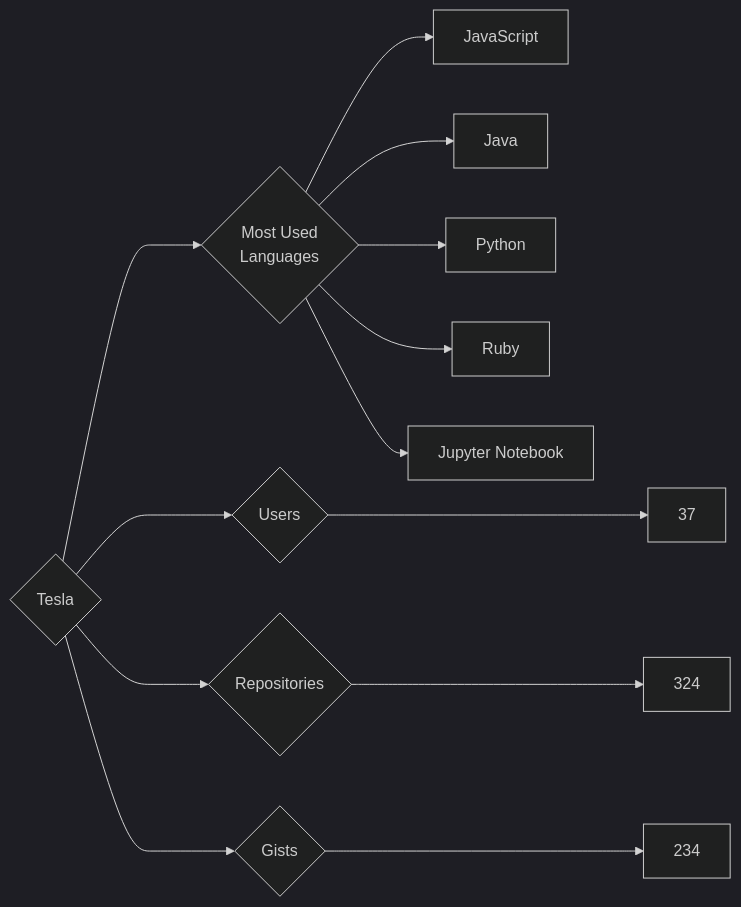
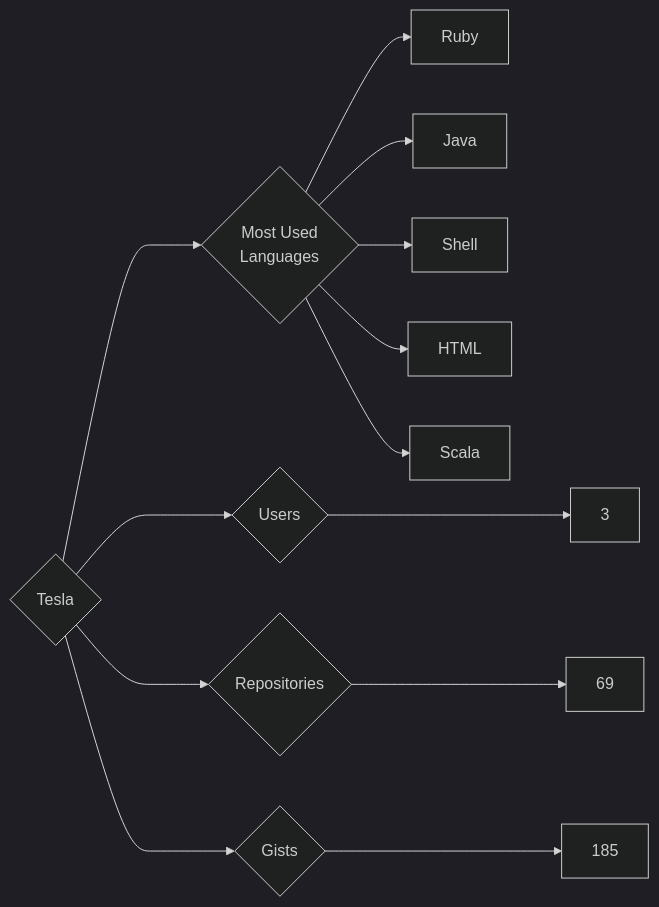
One commit to trickest/insiders changed the diagram in targets/Tesla/README.md. Above: the diagram before and after it, drawn with Mermaid (dark theme). The commit also changed 833 other files, not shown here.

````diff
--- a/targets/Tesla/README.md
+++ b/targets/Tesla/README.md
@@ -3,13 +3,13 @@
 ```mermaid
 graph LR
 COMPANY_NAME{Tesla}
-COMPANY_NAME ---> U{Users} ---> UN[37]
-COMPANY_NAME ---> R{Repositories} ---> RN[324]
-COMPANY_NAME ---> G{Gists} ---> GN[234]
+COMPANY_NAME ---> U{Users} ---> UN[3]
+COMPANY_NAME ---> R{Repositories} ---> RN[69]
+COMPANY_NAME ---> G{Gists} ---> GN[185]
 COMPANY_NAME ---> ML{Most Used<br>Languages}
-ML --> JavaScript[JavaScript]
+ML --> Ruby[Ruby]
 ML --> Java[Java]
-ML --> Python[Python]
-ML --> Ruby[Ruby]
-ML --> Jupyter_Notebook[Jupyter Notebook]
+ML --> Shell[Shell]
+ML --> HTML[HTML]
+ML --> Scala[Scala]
 ```
````
